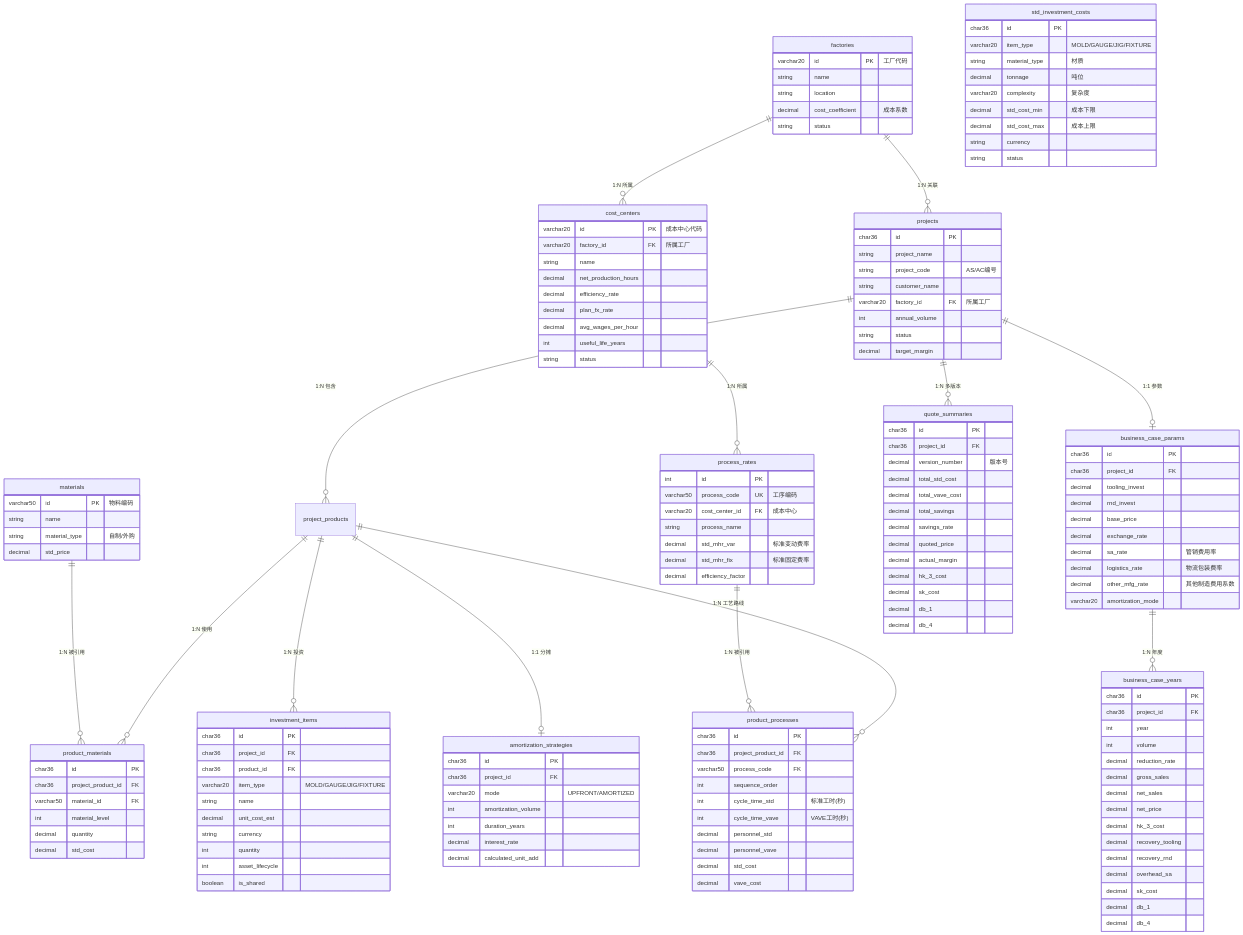
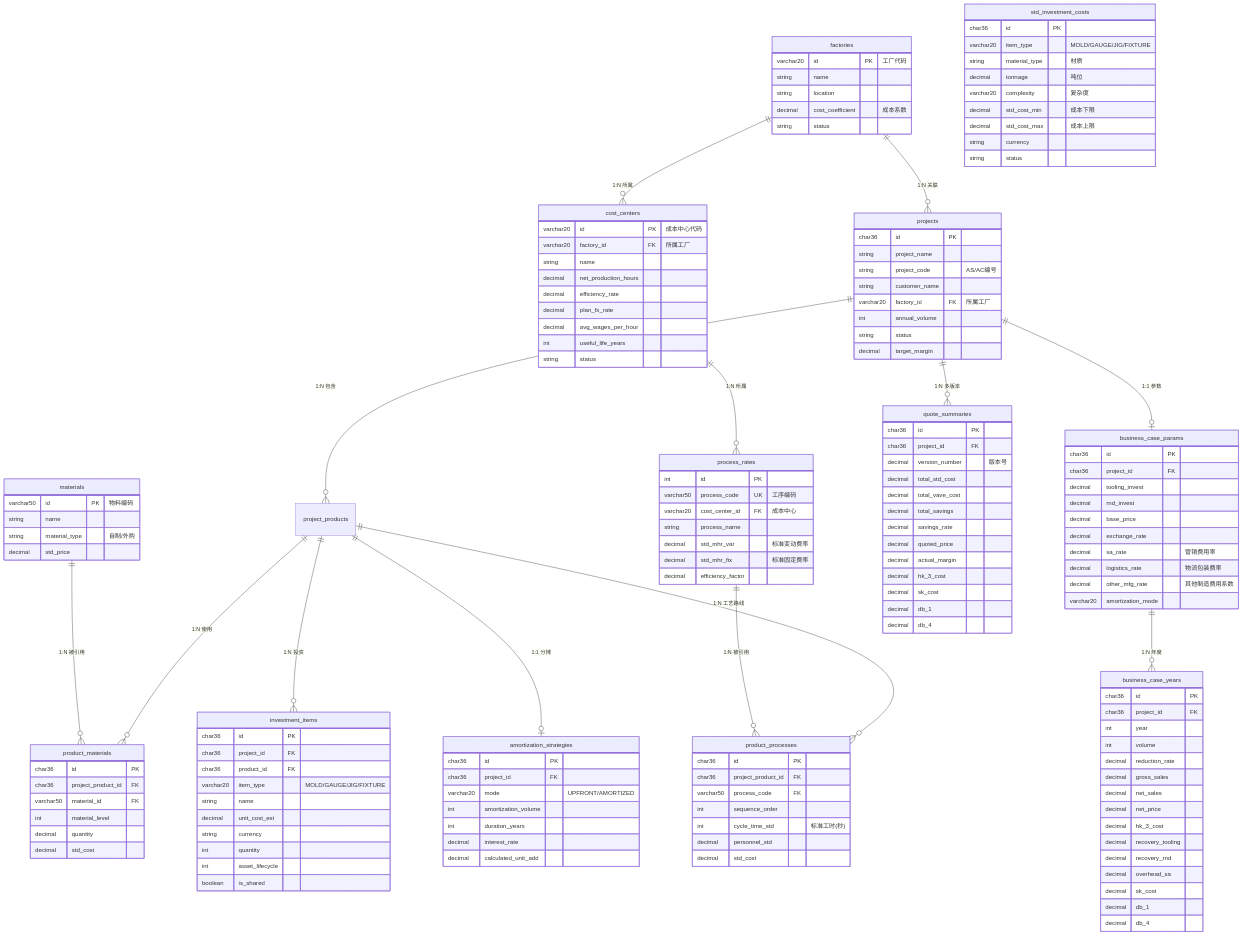
One commit to randyluo85/Quoting-Copilot changed the diagram in docs/DATABASE_DESIGN.md. Above: the diagram before and after it, drawn with Mermaid.

Commit message:
auto: claude changes

```diff
--- a/docs/DATABASE_DESIGN.md
+++ b/docs/DATABASE_DESIGN.md
@@ -130,11 +130,8 @@
         varchar50 process_code FK
         int sequence_order
         int cycle_time_std "标准工时(秒)"
-        int cycle_time_vave "VAVE工时(秒)"
         decimal personnel_std
-        decimal personnel_vave
         decimal std_cost
-        decimal vave_cost
     }
 
     investment_items {
```
